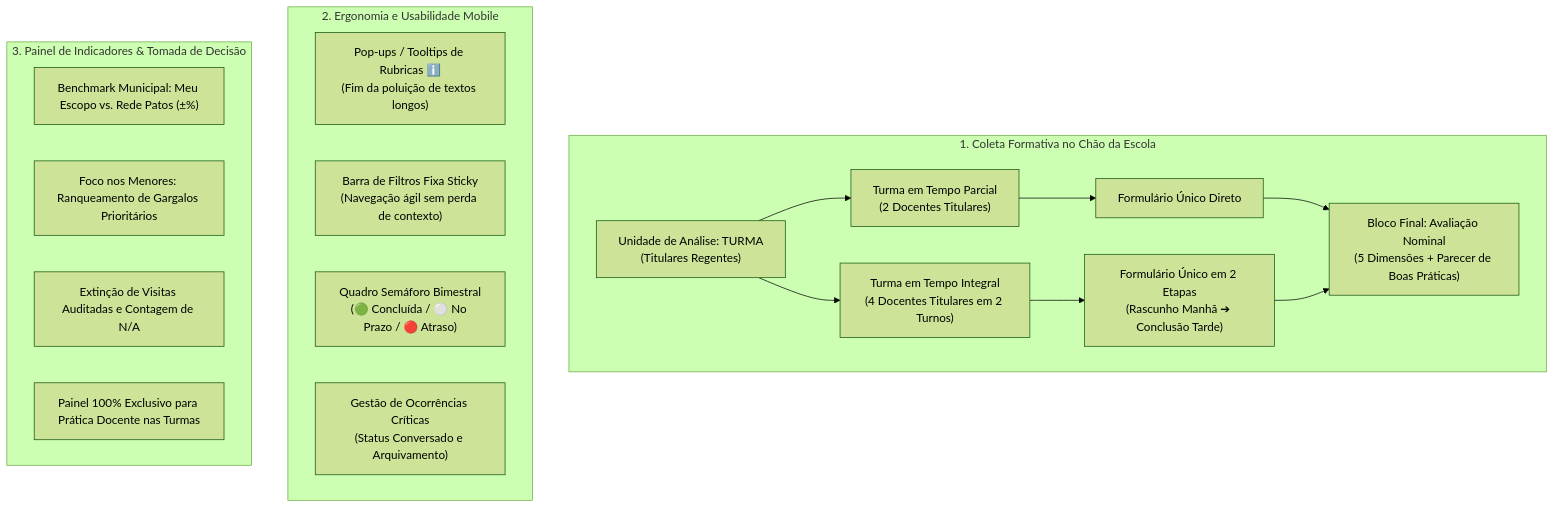
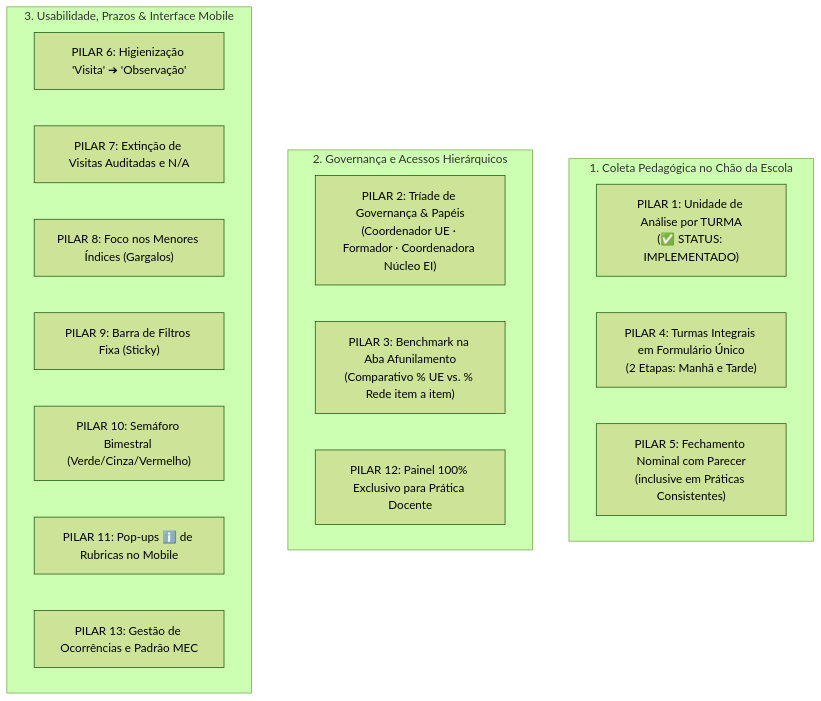
One commit to silvabrun0/supervisao-st-crianca changed the diagram in docs/documento_insights_supervisao_pedagogica_20261020.md. Above: the diagram before and after it, drawn with Mermaid (forest theme). The commit also changed other lines of this file and 12 other files, not shown here.

Commit message:
feat: migrar atribuicao agendamento e inicio de observacao para turma no pilar 1

````diff
--- a/docs/documento_insights_supervisao_pedagogica_20261020.md
+++ b/docs/documento_insights_supervisao_pedagogica_20261020.md
@@ -28,25 +38,24 @@
 ```mermaid
 flowchart TD
-    subgraph Coleta["1. Coleta Formativa no Chão da Escola"]
-        A["Unidade de Análise: TURMA\n(Titulares Regentes)"] --> B["Turma em Tempo Parcial\n(2 Docentes Titulares)"]
-        A --> C["Turma em Tempo Integral\n(4 Docentes Titulares em 2 Turnos)"]
-        B --> D["Formulário Único Direto"]
-        C --> E["Formulário Único em 2 Etapas\n(Rascunho Manhã ➔ Conclusão Tarde)"]
-        D --> F["Bloco Final: Avaliação Nominal\n(5 Dimensões + Parecer de Boas Práticas)"]
-        E --> F
+    subgraph StatusColeta["1. Coleta Pedagógica no Chão da Escola"]
+        P1["PILAR 1: Unidade de Análise por TURMA\n(✅ STATUS: IMPLEMENTADO)"]
+        P4["PILAR 4: Turmas Integrais em Formulário Único\n(2 Etapas: Manhã e Tarde)"]
+        P5["PILAR 5: Fechamento Nominal com Parecer\n(inclusive em Práticas Consistentes)"]
     end
 
-    subgraph Ergonomia["2. Ergonomia e Usabilidade Mobile"]
-        G["Pop-ups / Tooltips de Rubricas ℹ️\n(Fim da poluição de textos longos)"]
-        H["Barra de Filtros Fixa Sticky\n(Navegação ágil sem perda de contexto)"]
-        I["Quadro Semáforo Bimestral\n(🟢 Concluída / ⚪ No Prazo / 🔴 Atraso)"]
-        J["Gestão de Ocorrências Críticas\n(Status Conversado e Arquivamento)"]
+    subgraph Governanca["2. Governança e Acessos Hierárquicos"]
+        P2["PILAR 2: Tríade de Governança & Papéis\n(Coordenador UE · Formador · Coordenadora Núcleo EI)"]
+        P3["PILAR 3: Benchmark na Aba Afunilamento\n(Comparativo % UE vs. % Rede item a item)"]
+        P12["PILAR 12: Painel 100% Exclusivo para Prática Docente"]
     end
 
-    subgraph Diagnostico["3. Painel de Indicadores & Tomada de Decisão"]
-        K["Benchmark Municipal: Meu Escopo vs. Rede Patos (±%)"]
-        L["Foco nos Menores: Ranqueamento de Gargalos Prioritários"]
-        M["Extinção de Visitas Auditadas e Contagem de N/A"]
-        N["Painel 100% Exclusivo para Prática Docente nas Turmas"]
+    subgraph Ergonomia["3. Usabilidade, Prazos & Interface Mobile"]
+        P6["PILAR 6: Higienização 'Visita' ➔ 'Observação'"]
+        P7["PILAR 7: Extinção de Visitas Auditadas e N/A"]
+        P8["PILAR 8: Foco nos Menores Índices (Gargalos)"]
+        P9["PILAR 9: Barra de Filtros Fixa (Sticky)"]
+        P10["PILAR 10: Semáforo Bimestral (Verde/Cinza/Vermelho)"]
+        P11["PILAR 11: Pop-ups ℹ️ de Rubricas no Mobile"]
+        P13["PILAR 13: Gestão de Ocorrências e Padrão MEC"]
     end
 ```
````
